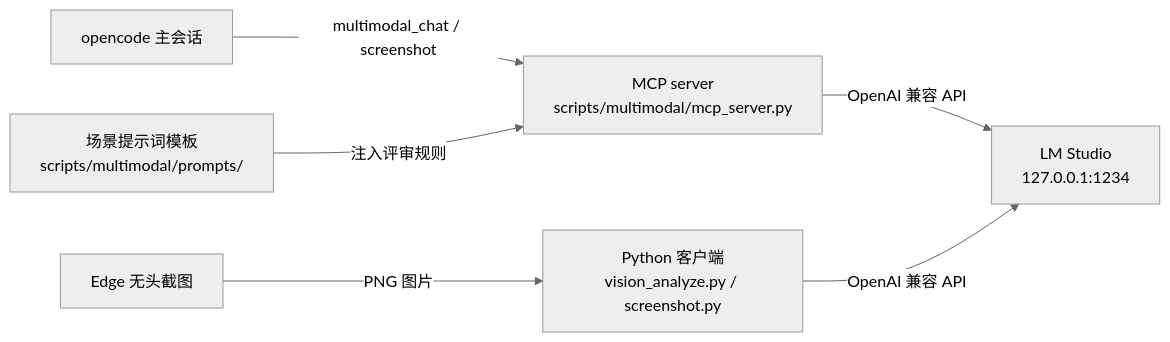
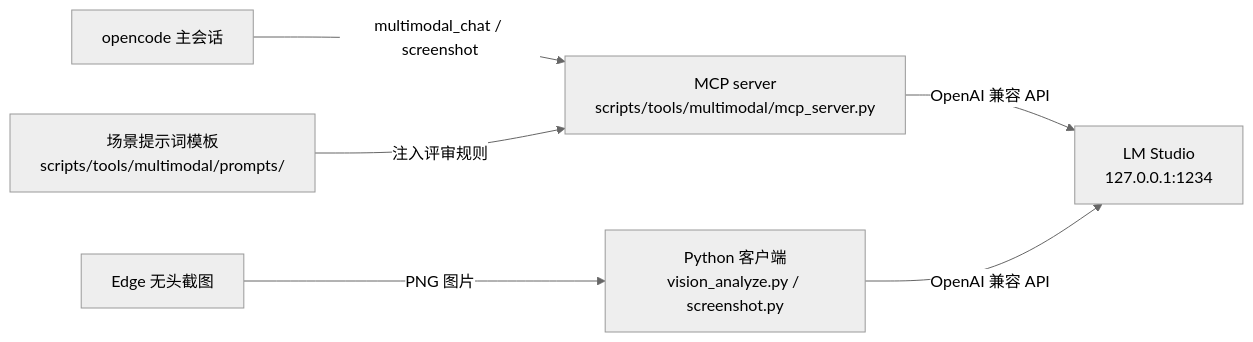
Before and after one commit to minjian123/basic-management-system: the diagram in 文档/资料/AI/本地多模态接入方案.md, drawn with Mermaid (neutral theme). The commit also changed other lines of this file and 79 other files, not shown here.

Commit message:
refactor(scripts): 工具链统一移至 scripts/tools 子目录

````diff
--- a/文档/资料/AI/本地多模态接入方案.md
+++ b/文档/资料/AI/本地多模态接入方案.md
@@ -18,8 +18,8 @@
 ```mermaid
  flowchart LR
-     A["opencode 主会话"] -->|"multimodal_chat / screenshot"| M["MCP server<br/>scripts/multimodal/mcp_server.py"]
+     A["opencode 主会话"] -->|"multimodal_chat / screenshot"| M["MCP server<br/>scripts/tools/multimodal/mcp_server.py"]
      M -->|"OpenAI 兼容 API"| L["LM Studio<br/>127.0.0.1:1234"]
      C["Python 客户端<br/>vision_analyze.py / screenshot.py"] -->|"OpenAI 兼容 API"| L
      E["Edge 无头截图"] -->|"PNG 图片"| C
-     F["场景提示词模板<br/>scripts/multimodal/prompts/"] -->|"注入评审规则"| M
+     F["场景提示词模板<br/>scripts/tools/multimodal/prompts/"] -->|"注入评审规则"| M
 ```
````
